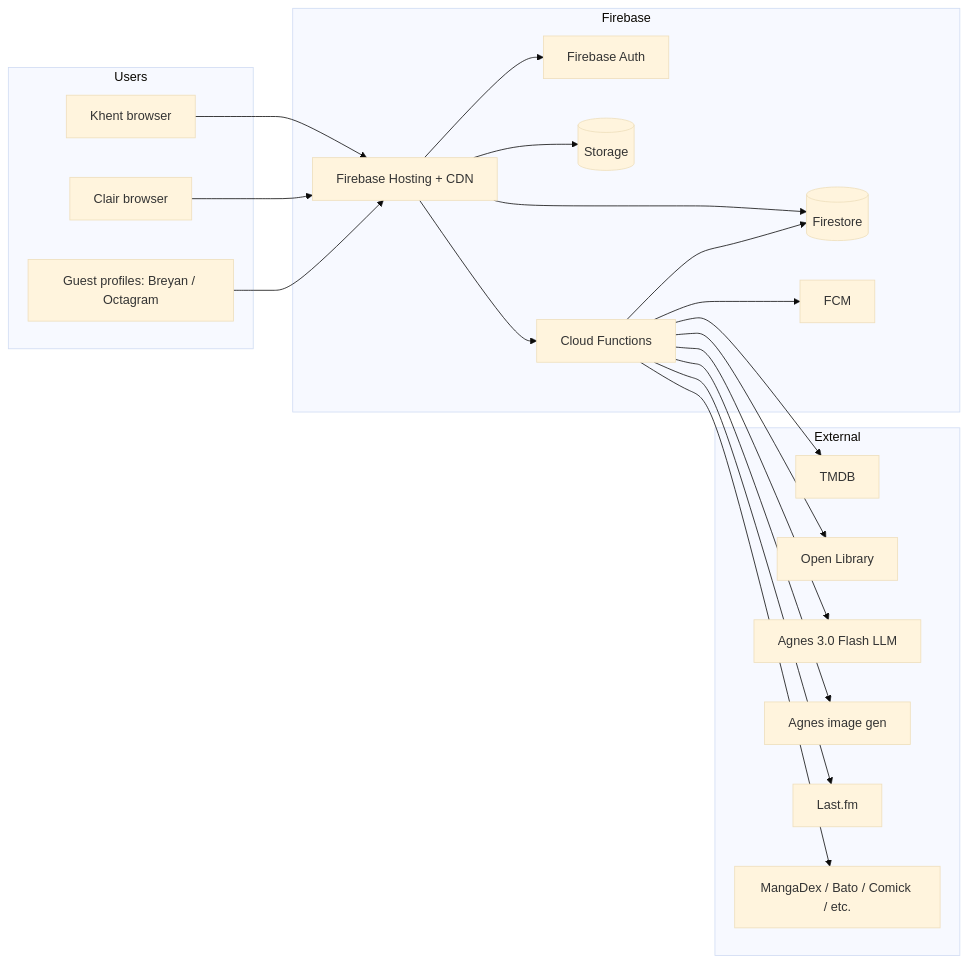
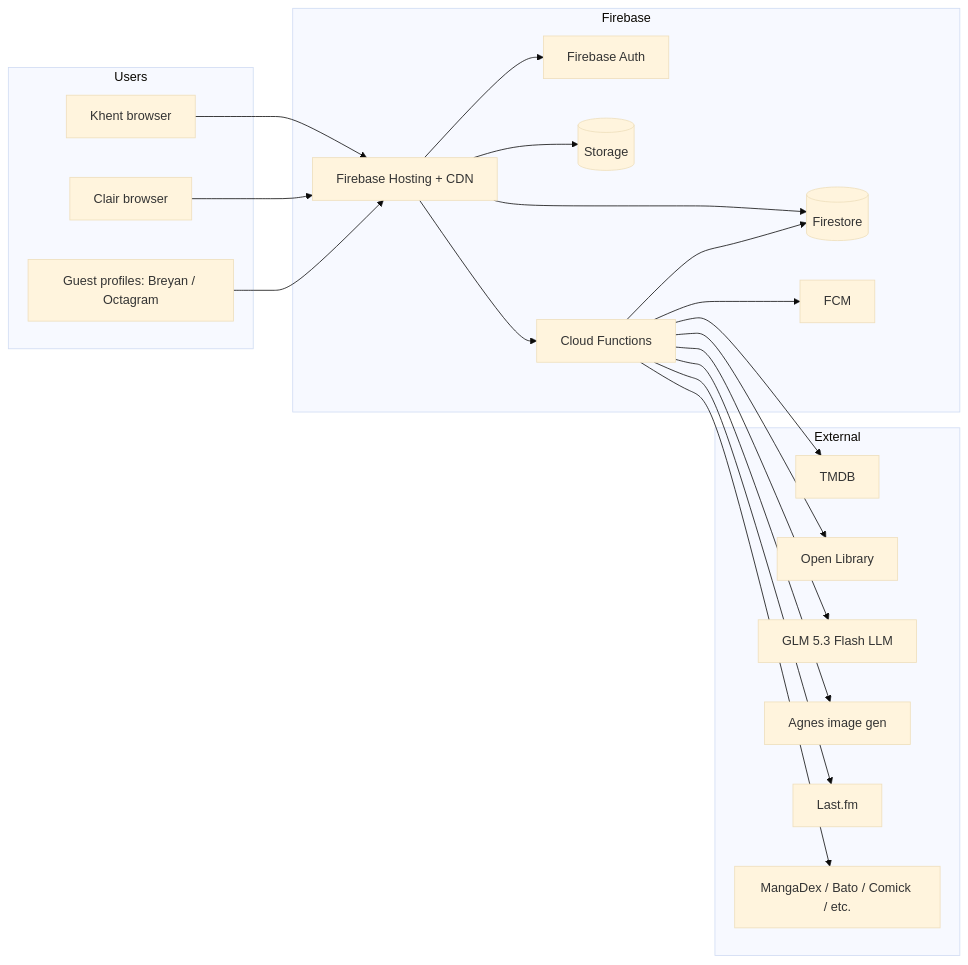
Before and after one commit to khentmoba/Everglow: the first of 7 diagrams in docs/ARCHITECTURE.md, drawn with Mermaid (base theme). The commit also changed other lines of this file and 13 other files, not shown here.

First line of the commit message:
feat(motchi): switch chat to TokenHarbor GLM 5.3 Flash (#384)

````diff
--- a/docs/ARCHITECTURE.md
+++ b/docs/ARCHITECTURE.md
@@ -32,42 +32,42 @@
 ```mermaid
 flowchart LR
   subgraph Users
     K[Khent browser]
     C[Clair browser]
     G[Guest profiles: Breyan / Octagram]
   end
 
   subgraph Firebase
     H[Firebase Hosting + CDN]
     A[Firebase Auth]
     F[(Firestore)]
     S[(Storage)]
     FN[Cloud Functions]
     M[FCM]
   end
 
   subgraph External
     TMDB[TMDB]
     OL[Open Library]
-    AGNES[Agnes 3.0 Flash LLM]
+    GLM[GLM 5.3 Flash LLM]
     AGNESIMG[Agnes image gen]
     LF[Last.fm]
     MD[MangaDex / Bato / Comick / etc.]
   end
 
   K --> H
   C --> H
   G --> H
   H --> A
   H --> F
   H --> S
   H --> FN
   FN --> F
   FN --> M
   FN --> TMDB
   FN --> OL
-  FN --> AGNES
+  FN --> GLM
   FN --> AGNESIMG
   FN --> LF
   FN --> MD
 ```
````
